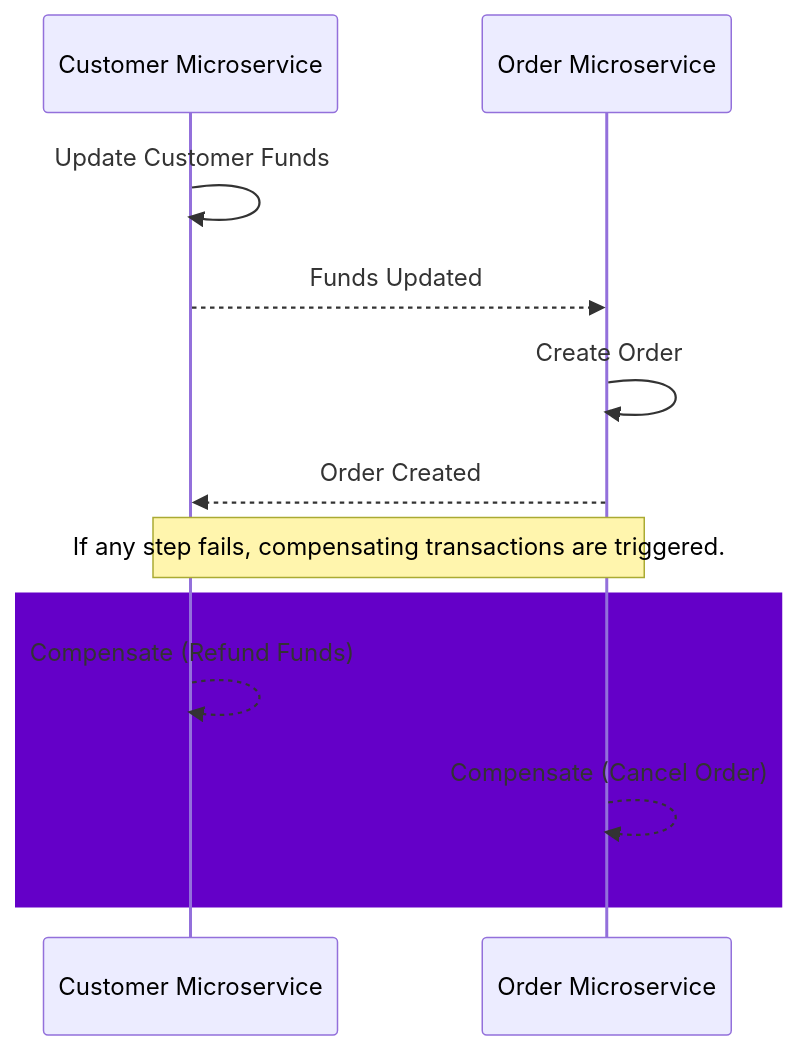
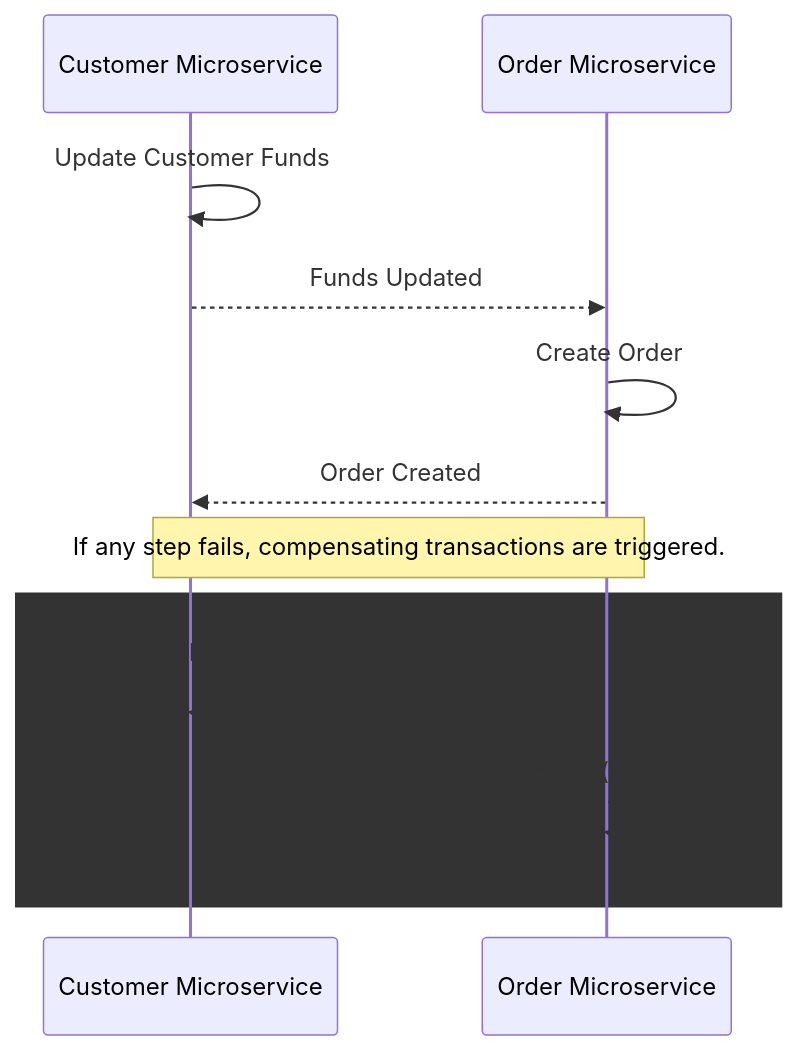
Before and after one commit to nitinkc/nitinkc.github.io: the second of 3 diagrams in _posts/systems_design/db/2024-01-20-Transaction-Isolation-levels.md, drawn with Mermaid. The commit also changed other lines of this file and 11 other files, not shown here.

````diff
--- a/_posts/systems_design/db/2024-01-20-Transaction-Isolation-levels.md
+++ b/_posts/systems_design/db/2024-01-20-Transaction-Isolation-levels.md
@@ -175,16 +175,16 @@
 ```mermaid!
 sequenceDiagram
     participant C as Customer Microservice
     participant O as Order Microservice
 
     C->>C: Update Customer Funds
     C-->>O: Funds Updated
     O->>O: Create Order
     O-->>C: Order Created
     Note over C, O: If any step fails, compensating transactions are triggered.
 
-    rect rgb(100, 00, 200)
+    rect rgb(255, 255, 204)  %% Light Yellow
     C-->>C: Compensate (Refund Funds) 
     O-->>O: Compensate (Cancel Order)
     end
 ```
````
